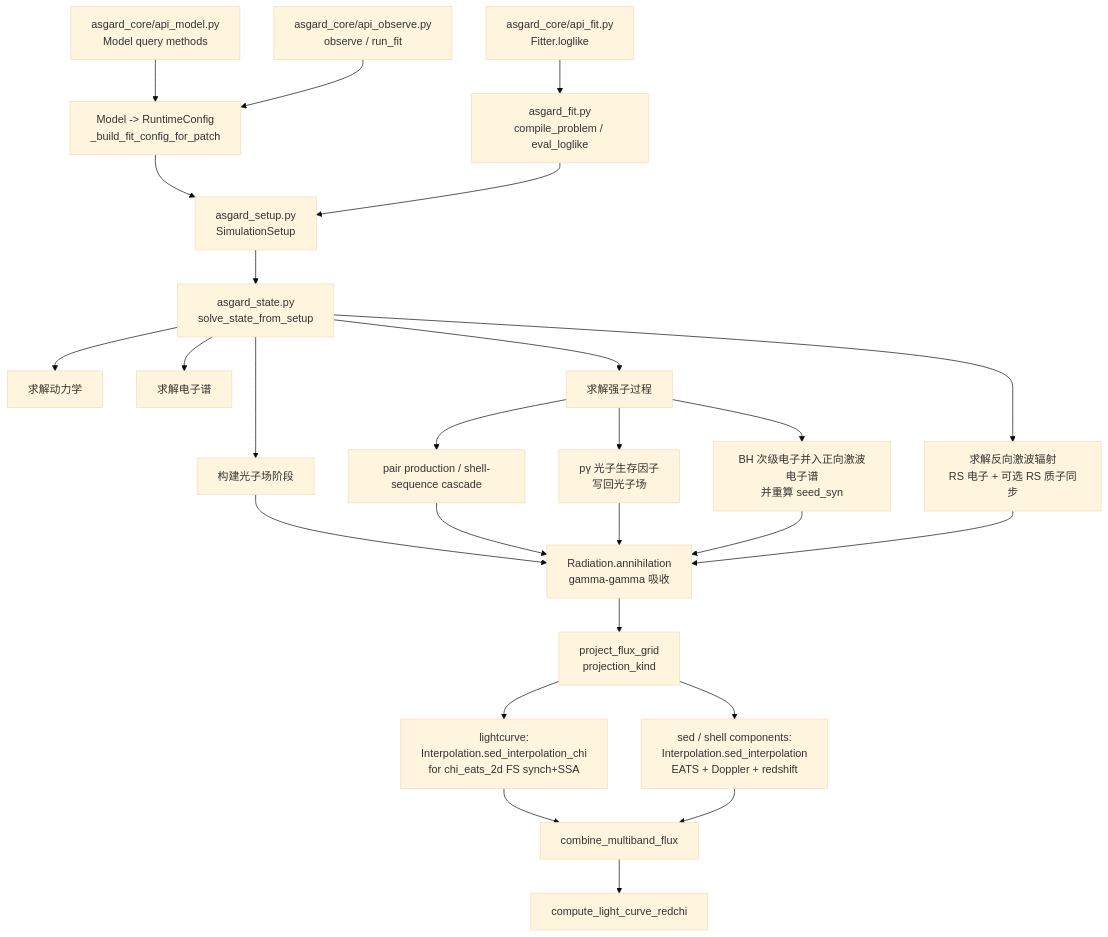
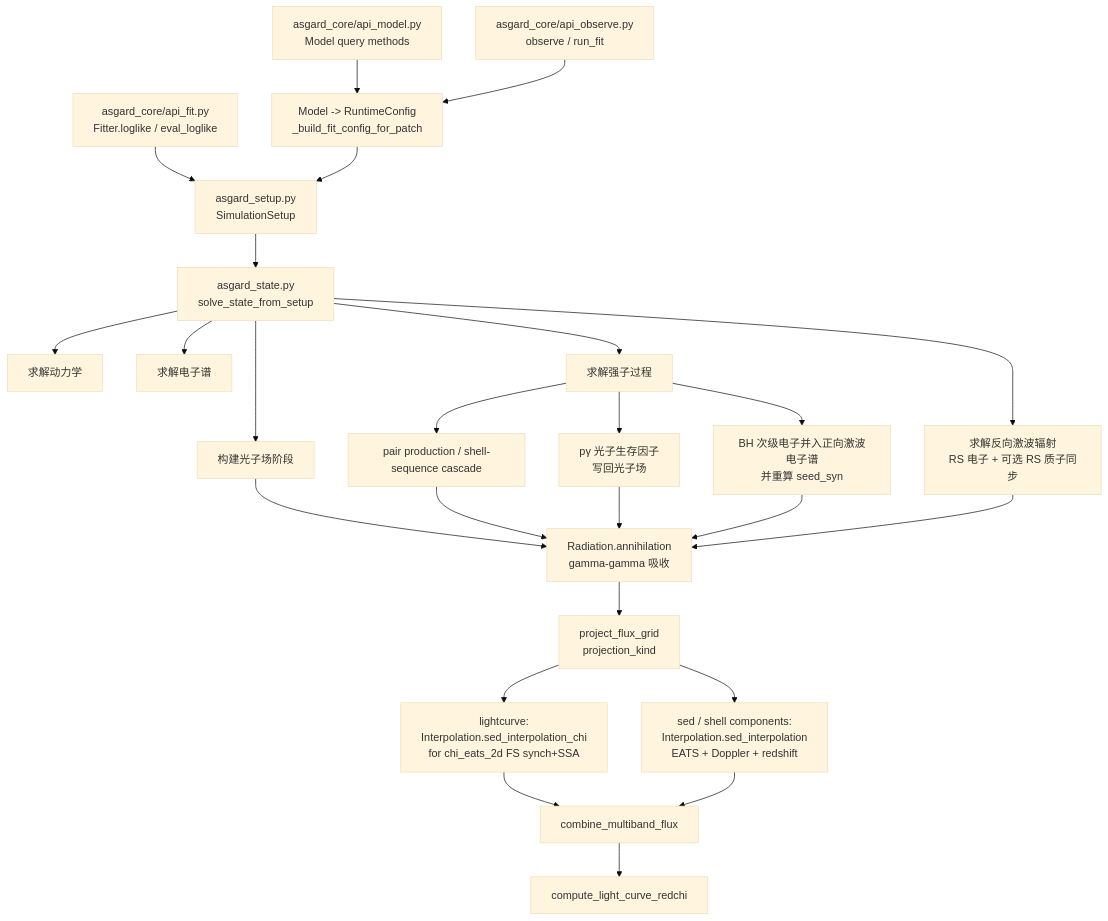
One commit to mikuru1096/ASGARD_GRBAfterglow changed the first of 2 diagrams in doc/call_chain.md. Above: the diagram before and after it, drawn with Mermaid (base theme). The commit also changed 46 other files, not shown here.

Commit message:
Consolidate asgard_core glue modules

````diff
--- a/doc/call_chain.md
+++ b/doc/call_chain.md
@@ -5,28 +5,27 @@
 ```mermaid
 flowchart TD
     A["asgard_core/api_model.py\nModel query methods"] --> B["Model -> RuntimeConfig\n_build_fit_config_for_patch"]
     X["asgard_core/api_observe.py\nobserve / run_fit"] --> B
-    Y["asgard_core/api_fit.py\nFitter.loglike"] --> C["asgard_fit.py\ncompile_problem / eval_loglike"]
+    Y["asgard_core/api_fit.py\nFitter.loglike / eval_loglike"] --> S
     B --> S["asgard_setup.py\nSimulationSetup"]
-    C --> S
     S --> D["asgard_state.py\nsolve_state_from_setup"]
     D --> E["求解动力学"]
     D --> F["求解电子谱"]
     D --> G["求解反向激波辐射\nRS 电子 + 可选 RS 质子同步"]
     D --> H["构建光子场阶段"]
     D --> I["求解强子过程"]
     I --> J["BH 次级电子并入正向激波电子谱\n并重算 seed_syn"]
     I --> K["pγ 光子生存因子\n写回光子场"]
     I --> Q["pair production / shell-sequence cascade"]
     H --> L["Radiation.annihilation\ngamma-gamma 吸收"]
     Q --> L
     K --> L
     J --> L
     G --> L
     L --> M["project_flux_grid\nprojection_kind"]
     M --> N["lightcurve:\nInterpolation.sed_interpolation_chi\nfor chi_eats_2d FS synch+SSA"]
     M --> R["sed / shell components:\nInterpolation.sed_interpolation\nEATS + Doppler + redshift"]
     N --> O["combine_multiband_flux"]
     R --> O
     O --> P["compute_light_curve_redchi"]
 ```
````
